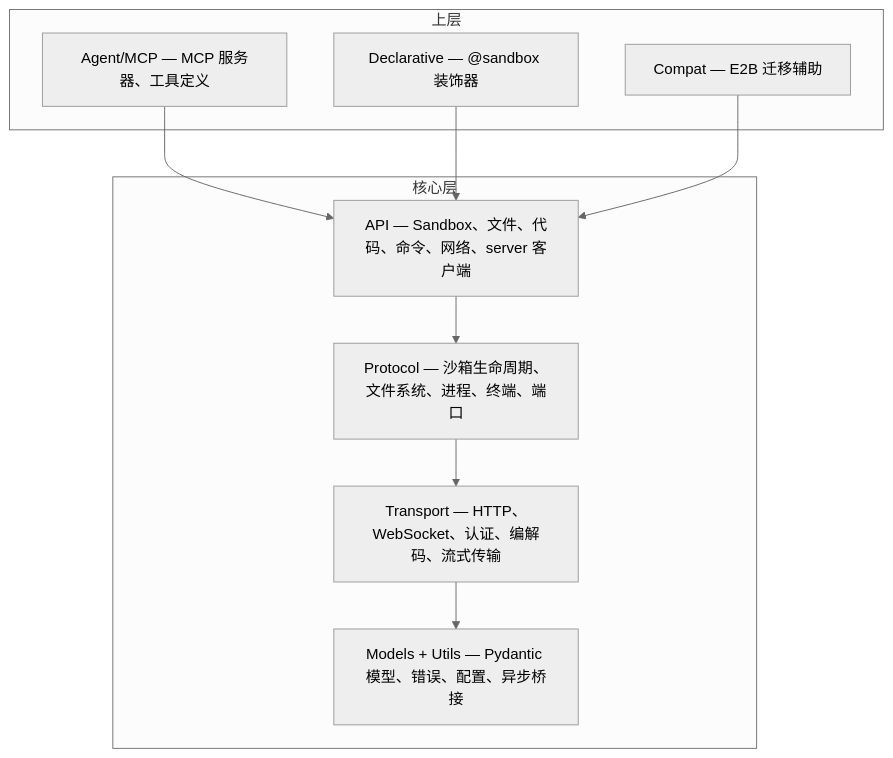
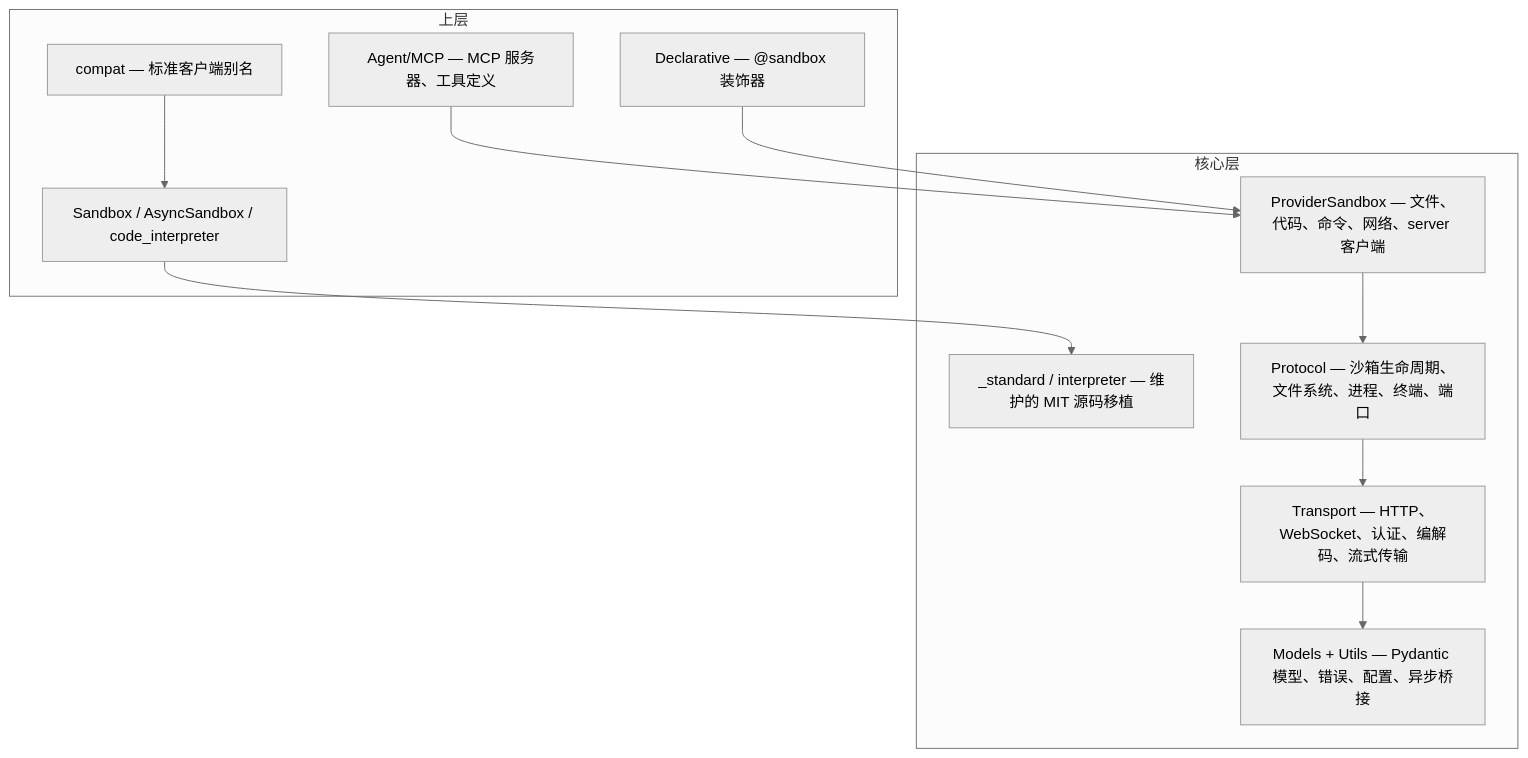
The diagram in docs/zh/DESIGN.md (Alibaba-Agent-Sandbox/python-sdk), drawn with Mermaid (neutral theme) before and after one commit. The commit also changed other lines of this file and 14 other files, not shown here.

````diff
--- a/docs/zh/DESIGN.md
+++ b/docs/zh/DESIGN.md
@@ -42,19 +42,21 @@
 ```mermaid
 graph TB
     subgraph Upper["上层"]
         Agent["Agent/MCP — MCP 服务器、工具定义"]
         Decl["Declarative — @sandbox 装饰器"]
-        Compat["Compat — E2B 迁移辅助"]
+        Compat["compat — 标准客户端别名"]
+        STD["Sandbox / AsyncSandbox / code_interpreter"]
     end
     subgraph Core["核心层"]
-        L3["API — Sandbox、文件、代码、命令、网络、server 客户端"]
+        L3["ProviderSandbox — 文件、代码、命令、网络、server 客户端"]
+        PORT["_standard / interpreter — 维护的 MIT 源码移植"]
         L2["Protocol — 沙箱生命周期、文件系统、进程、终端、端口"]
         L1["Transport — HTTP、WebSocket、认证、编解码、流式传输"]
         L0["Models + Utils — Pydantic 模型、错误、配置、异步桥接"]
     end
 
     Agent --> L3
     Decl --> L3
-    Compat --> L3
+    Compat --> STD --> PORT
     L3 --> L2 --> L1 --> L0
 ```
````
